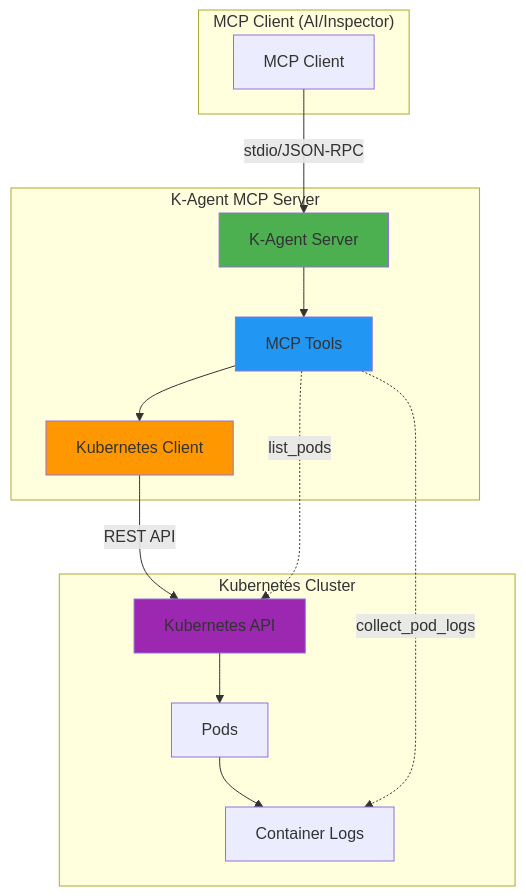
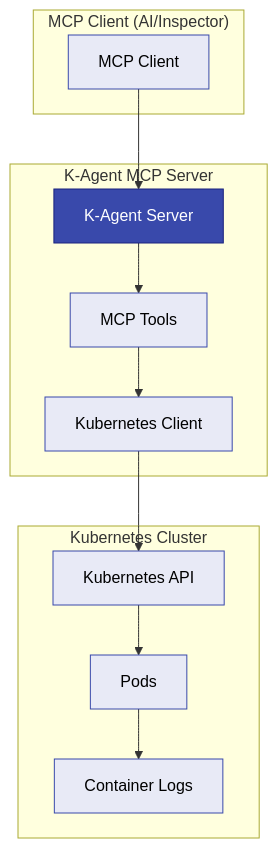
Before and after one commit to nirgeier/AI-K8S-MCP: the diagram in Labs/Lab08-Kagent/lab.md, drawn with Mermaid. The commit also changed 474 other files, not shown here.

Commit message:
Standardize Mermaid diagram colors to indigo theme and rebuild with submodule flow

````diff
--- a/Labs/Lab08-Kagent/lab.md
+++ b/Labs/Lab08-Kagent/lab.md
@@ -89,35 +89,35 @@
 ```mermaid
 graph TB
     subgraph "MCP Client (AI/Inspector)"
         Client[MCP Client]
     end
 
     subgraph "K-Agent MCP Server"
         Server[K-Agent Server]
         Tools[MCP Tools]
         K8sClient[Kubernetes Client]
 
         Server --> Tools
         Tools --> K8sClient
     end
 
     subgraph "Kubernetes Cluster"
         API[Kubernetes API]
         Pods[Pods]
         Logs[Container Logs]
 
         API --> Pods
         Pods --> Logs
     end
 
-    Client -->|"stdio/JSON-RPC"| Server
-    K8sClient -->|"REST API"| API
+    Client --> Server
+    K8sClient --> API
 
-    Tools -.->|"list_pods"| API
-    Tools -.->|"collect_pod_logs"| Logs
-
-    style Server fill:#4CAF50
-    style Tools fill:#2196F3
-    style K8sClient fill:#FF9800
-    style API fill:#9C27B0
+    style Client fill:#E8EAF6,stroke:#3949AB,color:#000
+    style Server fill:#3949AB,stroke:#1A237E,color:#fff
+    style Tools fill:#E8EAF6,stroke:#3949AB,color:#000
+    style K8sClient fill:#E8EAF6,stroke:#3949AB,color:#000
+    style API fill:#E8EAF6,stroke:#3949AB,color:#000
+    style Pods fill:#E8EAF6,stroke:#3949AB,color:#000
+    style Logs fill:#E8EAF6,stroke:#3949AB,color:#000
 ```
````
